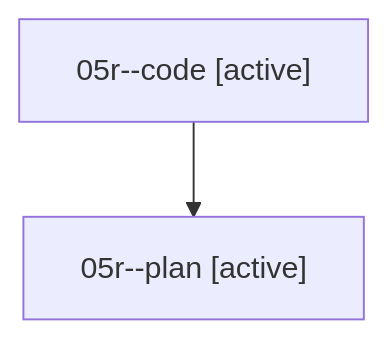
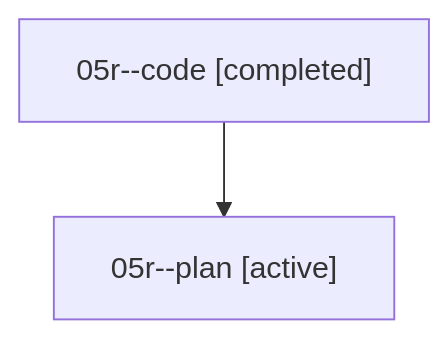
Before and after one commit to sase-org/sase--agents: the diagram in families/bbugyi200.athena.05r.md, drawn with Mermaid. The commit also changed other lines of this file and 35830 other files, not shown here.

````diff
--- a/families/bbugyi200.athena.05r.md
+++ b/families/bbugyi200.athena.05r.md
@@ -9,6 +9,6 @@
 ```mermaid
 flowchart TD
-  n0["05r--code [active]"]
+  n0["05r--code [completed]"]
   n1["05r--plan [active]"]
   n0 --> n1
 ```
````
